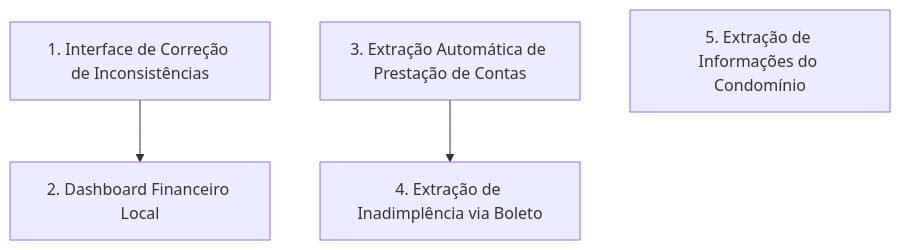
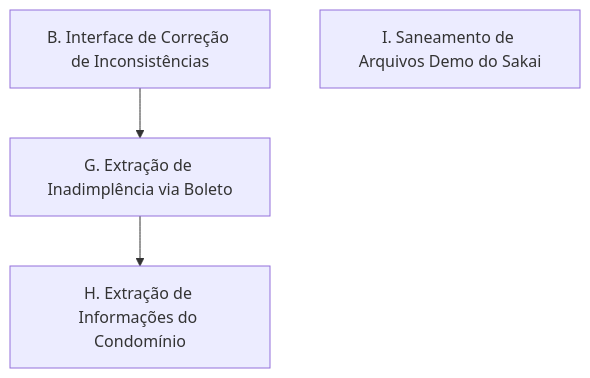
One commit to steffmartin/winker-scrapper changed the diagram in proximos_passos.md. Above: the diagram before and after it, drawn with Mermaid. The commit also changed other lines of this file and 1 other file, not shown here.

````diff
--- a/proximos_passos.md
+++ b/proximos_passos.md
@@ -28,6 +23,6 @@
 ```mermaid
 graph TD
-    B[1. Interface de Correção de Inconsistências] --> C[2. Dashboard Financeiro Local]
-    D[3. Extração Automática de Prestação de Contas] --> G[4. Extração de Inadimplência via Boleto]
-    H[5. Extração de Informações do Condomínio]
+    B["B. Interface de Correção de Inconsistências"] --> G["G. Extração de Inadimplência via Boleto"]
+    G --> H["H. Extração de Informações do Condomínio"]
+    I["I. Saneamento de Arquivos Demo do Sakai"]
 ```
````
